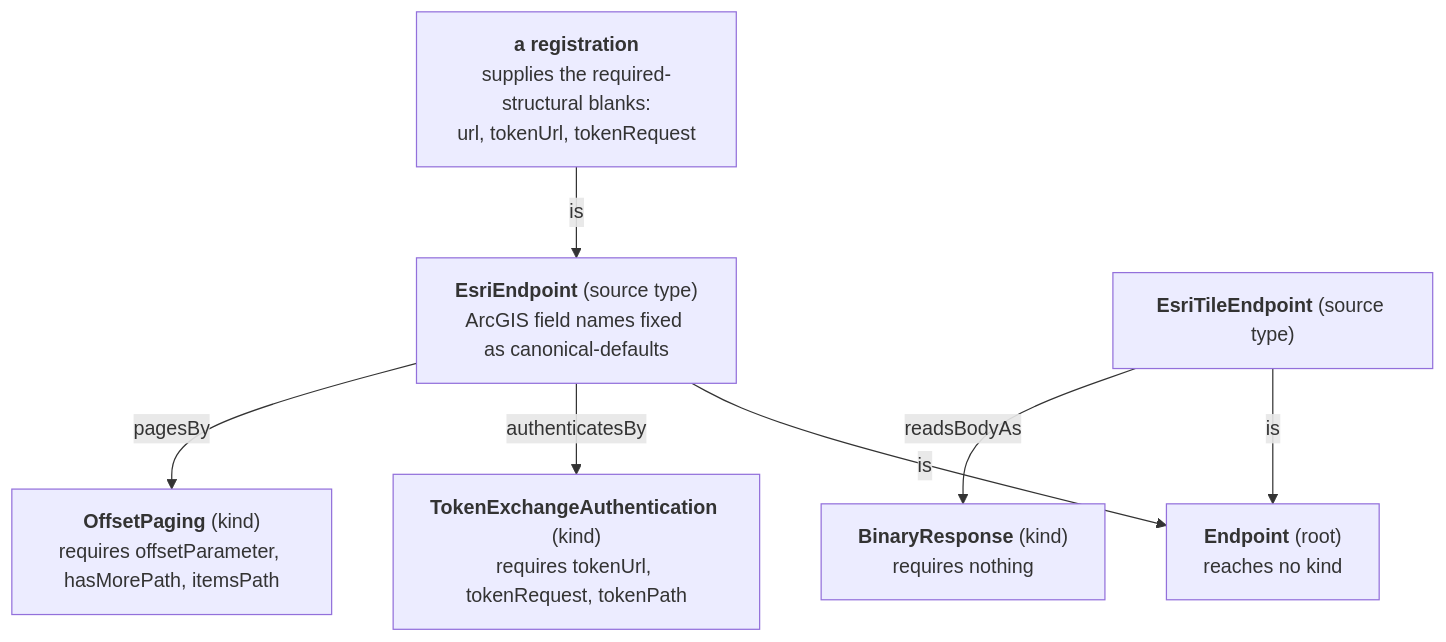
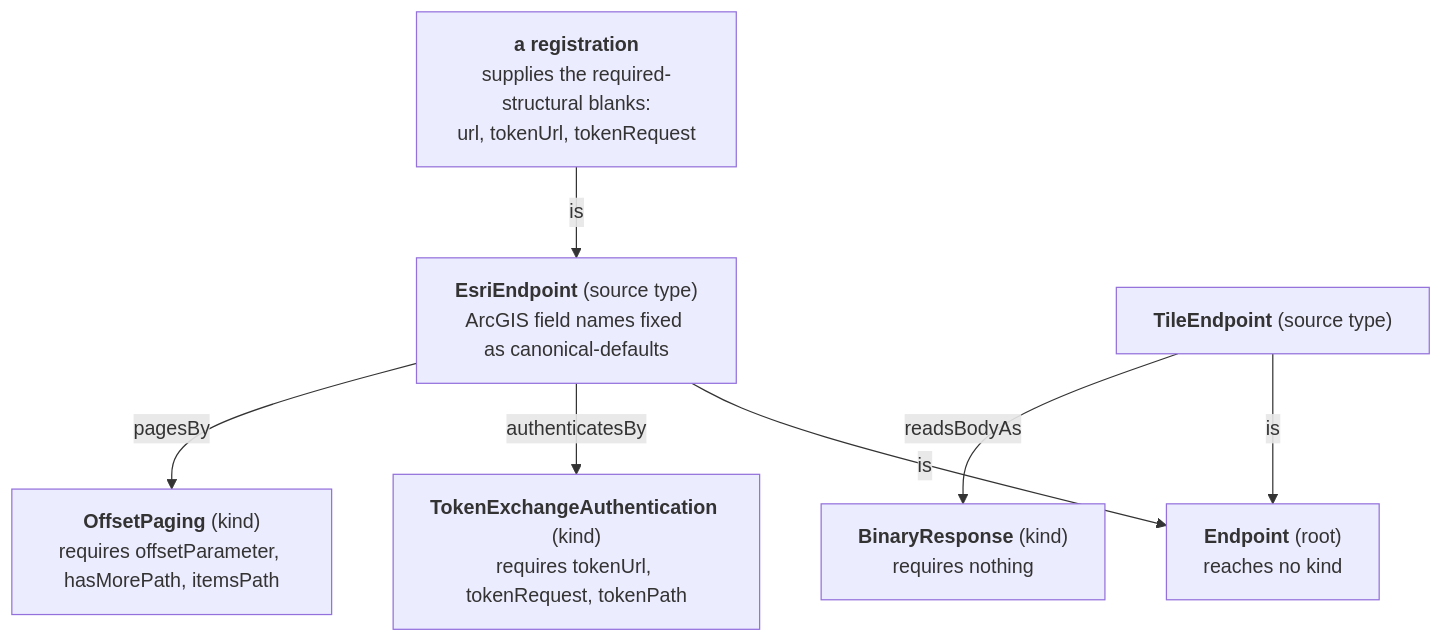
The diagram in docs/TRIBUTARY.md (ReGen-Villages/VillageOS-API), drawn with Mermaid before and after one commit. The commit also changed other lines of this file and 20 other files, not shown here.

````diff
--- a/docs/TRIBUTARY.md
+++ b/docs/TRIBUTARY.md
@@ -47,15 +48,15 @@
 ```mermaid
 flowchart TB
     Endpoint["<b>Endpoint</b> (root)<br/>reaches no kind"]
     Esri["<b>EsriEndpoint</b> (source type)<br/>ArcGIS field names fixed as canonical-defaults"]
-    Tile["<b>EsriTileEndpoint</b> (source type)"]
+    Tile["<b>TileEndpoint</b> (source type)"]
     Reg["<b>a registration</b><br/>supplies the required-structural blanks:<br/>url, tokenUrl, tokenRequest"]
     Auth["<b>TokenExchangeAuthentication</b> (kind)<br/>requires tokenUrl, tokenRequest, tokenPath"]
     Page["<b>OffsetPaging</b> (kind)<br/>requires offsetParameter, hasMorePath, itemsPath"]
     Bin["<b>BinaryResponse</b> (kind)<br/>requires nothing"]
     Reg -->|is| Esri -->|is| Endpoint
     Tile -->|is| Endpoint
     Esri -->|authenticatesBy| Auth
     Esri -->|pagesBy| Page
     Tile -->|readsBodyAs| Bin
 ```
````
